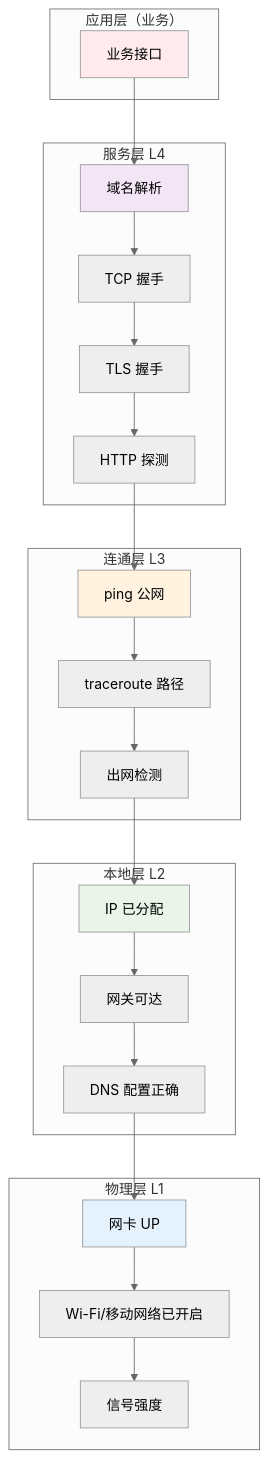
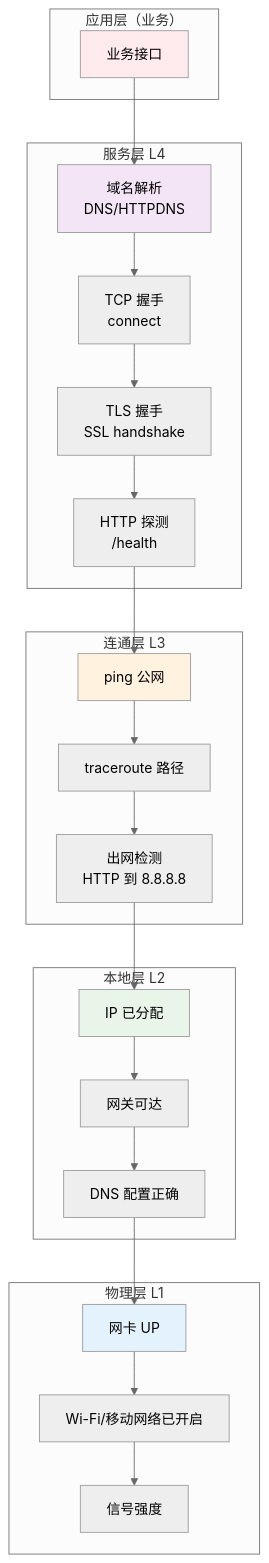
One commit to chongyang211/YCBookBlog changed the fifth of 13 diagrams in docs/10.真经/05.方案设计思想/13.网络检测方案设计.md. Above: the diagram before and after it, drawn with Mermaid (neutral theme). The commit also changed other lines of this file and 36 other files, not shown here.

````diff
--- a/docs/10.真经/05.方案设计思想/13.网络检测方案设计.md
+++ b/docs/10.真经/05.方案设计思想/13.网络检测方案设计.md
@@ -282,42 +495,42 @@
 ```mermaid
 graph TB
     subgraph "应用层（业务）"
         Biz[业务接口]
     end
     
     subgraph "服务层 L4"
-        S1[域名解析]
-        S2[TCP 握手]
-        S3[TLS 握手]
-        S4[HTTP 探测]
+        S1[域名解析<br/>DNS/HTTPDNS]
+        S2[TCP 握手<br/>connect]
+        S3[TLS 握手<br/>SSL handshake]
+        S4[HTTP 探测<br/>/health]
     end
     
     subgraph "连通层 L3"
         C1[ping 公网]
         C2[traceroute 路径]
-        C3[出网检测]
+        C3[出网检测<br/>HTTP 到 8.8.8.8]
     end
     
     subgraph "本地层 L2"
         L1[IP 已分配]
         L2[网关可达]
         L3[DNS 配置正确]
     end
     
     subgraph "物理层 L1"
         P1[网卡 UP]
         P2[Wi-Fi/移动网络已开启]
         P3[信号强度]
     end
     
     Biz --> S1 --> S2 --> S3 --> S4
     S4 --> C1 --> C2 --> C3
     C3 --> L1 --> L2 --> L3
     L3 --> P1 --> P2 --> P3
     
     style P1 fill:#e3f2fd
     style L1 fill:#e8f5e8
     style C1 fill:#fff3e0
     style S1 fill:#f3e5f5
     style Biz fill:#ffebee
 ```
````
